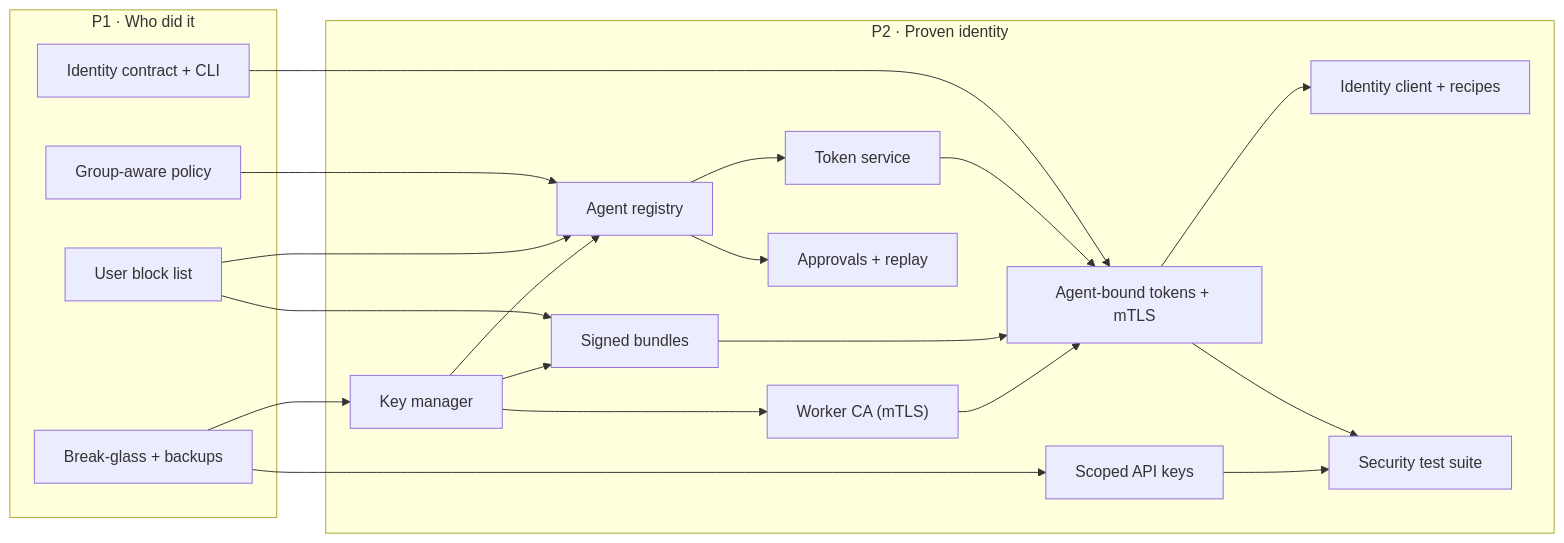
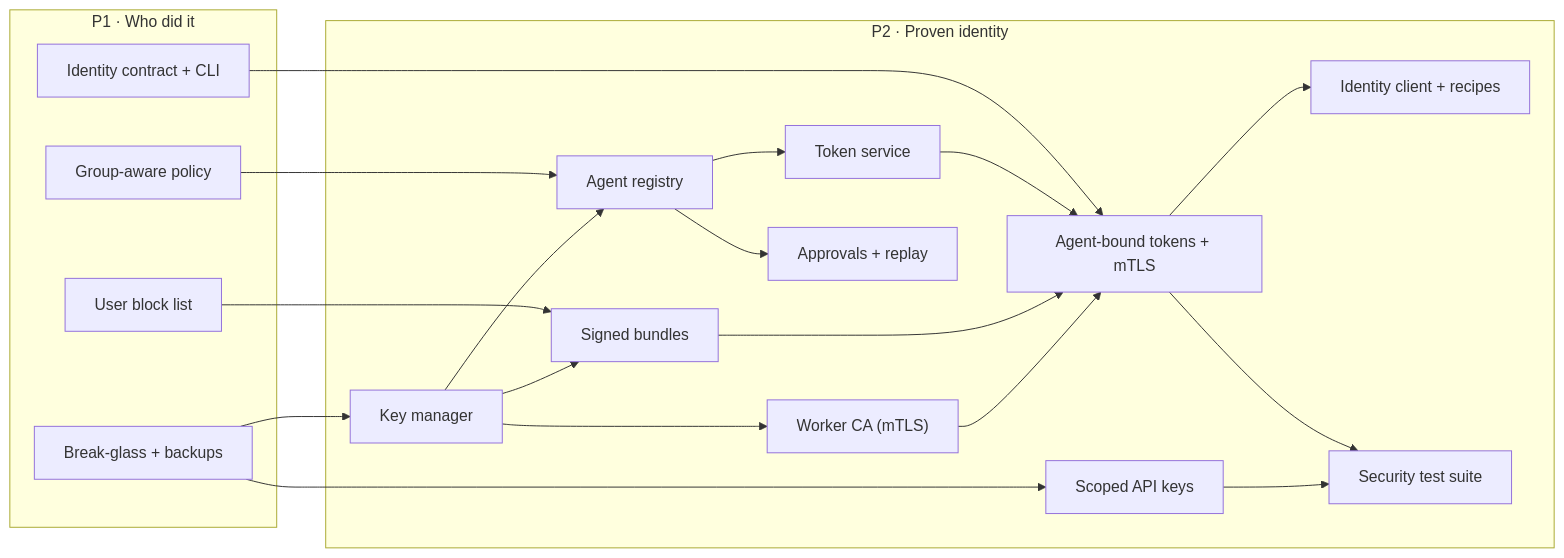
Before and after one commit to ethosagent/warden: the second of 5 diagrams in docs/roadmap/README.md, drawn with Mermaid. The commit also changed other lines of this file and 37 other files, not shown here.

Commit message:
docs(roadmap): merge the three P1 split groups and fix cross-group dependencies

````diff
--- a/docs/roadmap/README.md
+++ b/docs/roadmap/README.md
@@ -92,38 +92,37 @@
 ```mermaid
 flowchart LR
   subgraph ph1["P1 · Who did it"]
     p1_identity_contract["Identity contract + CLI"]
     p1_breakglass["Break-glass + backups"]
     p1_block_list["User block list"]
     p1_group_policy["Group-aware policy"]
   end
   subgraph ph2["P2 · Proven identity"]
     p2_key_manager["Key manager"]
     p2_agent_registry["Agent registry"]
     p2_token_service["Token service"]
     p2_worker_ca["Worker CA (mTLS)"]
     p2_signed_bundles["Signed bundles"]
     p2_approvals["Approvals + replay"]
     p2_api_keys["Scoped API keys"]
     p2_worker_bound["Agent-bound tokens + mTLS"]
     p2_recipes["Identity client + recipes"]
     p2_security_tests["Security test suite"]
   end
   p1_breakglass --> p2_key_manager
   p1_group_policy --> p2_agent_registry
-  p1_block_list --> p2_agent_registry
   p2_key_manager --> p2_agent_registry
   p2_agent_registry --> p2_token_service
   p2_key_manager --> p2_worker_ca
   p1_block_list --> p2_signed_bundles
   p2_key_manager --> p2_signed_bundles
   p2_agent_registry --> p2_approvals
   p1_breakglass --> p2_api_keys
   p1_identity_contract --> p2_worker_bound
   p2_token_service --> p2_worker_bound
   p2_signed_bundles --> p2_worker_bound
   p2_worker_ca --> p2_worker_bound
   p2_worker_bound --> p2_recipes
   p2_worker_bound --> p2_security_tests
   p2_api_keys --> p2_security_tests
 ```
````
